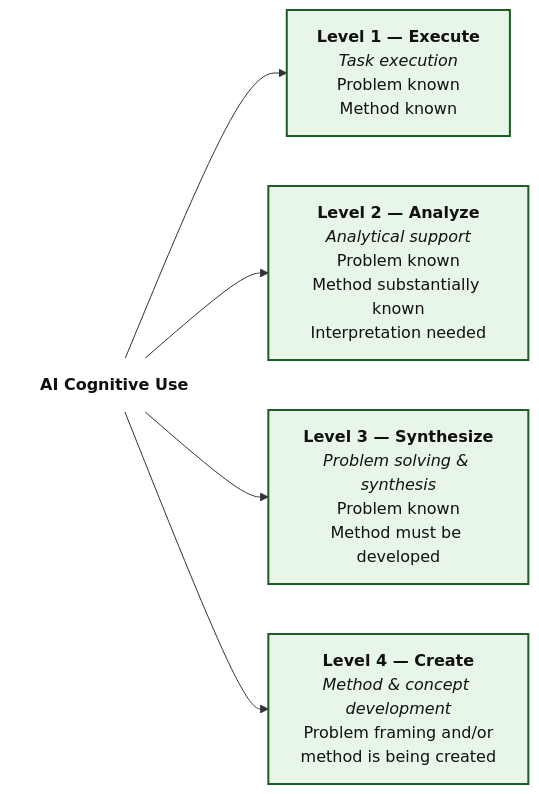
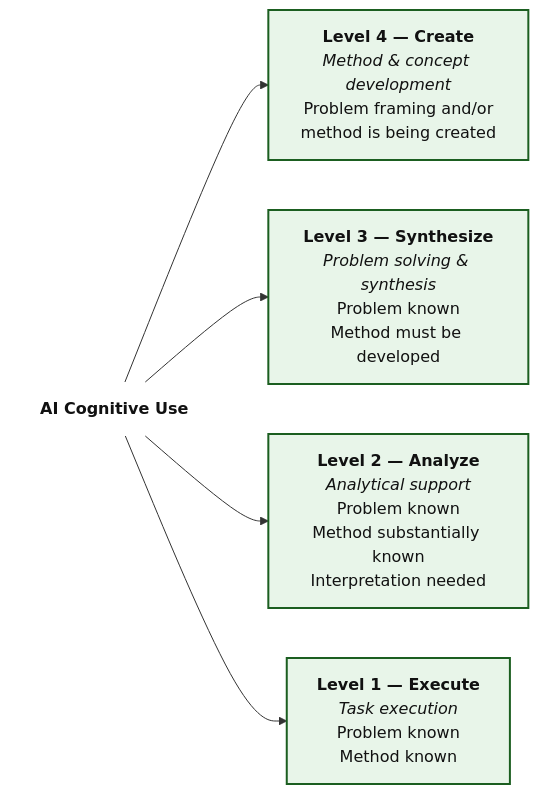
Before and after one commit to Tellusant/docs: the diagram in articles-posts/ai-cognitive-uses.md, drawn with Mermaid. The commit also changed other lines of this file, not shown here.

```diff
--- a/articles-posts/ai-cognitive-uses.md
+++ b/articles-posts/ai-cognitive-uses.md
@@ -14,39 +14,39 @@
 <div class="mermaid">
   
 flowchart LR
 %%{init: {'themeVariables': { 'fontFamily': 'Arial'}}}%%
 
 AI["`**AI Cognitive Use**`"]:::none
 
-L1["`**Level 1 — Execute**
-*Task execution*
+L4["`**Level 4 — Create**
+*Method & concept development*
+Problem framing and/or
+method is being created`"]:::strong
+
+L3["`**Level 3 — Synthesize**
+*Problem solving & synthesis*
 Problem known
-Method known`"]:::strong
+Method must be developed`"]:::strong
 
 L2["`**Level 2 — Analyze**
 *Analytical support*
 Problem known
 Method substantially known
 Interpretation needed`"]:::strong
 
-L3["`**Level 3 — Synthesize**
-*Problem solving & synthesis*
+L1["`**Level 1 — Execute**
+*Task execution*
 Problem known
-Method must be developed`"]:::strong
+Method known`"]:::strong
 
-L4["`**Level 4 — Create**
-*Method & concept development*
-Problem framing and/or
-method is being created`"]:::strong
-
+AI --> L4
+AI --> L3
+AI --> L2
 AI --> L1
-AI --> L2
-AI --> L3
-AI --> L4
 
 %% ========= STYLES =========
 
 classDef strong fill:#E8F5E9,stroke:#1B5E20,stroke-width:2px,color:#111;
 classDef none fill:transparent,stroke:transparent,color:#111;
 
 </div>
```
